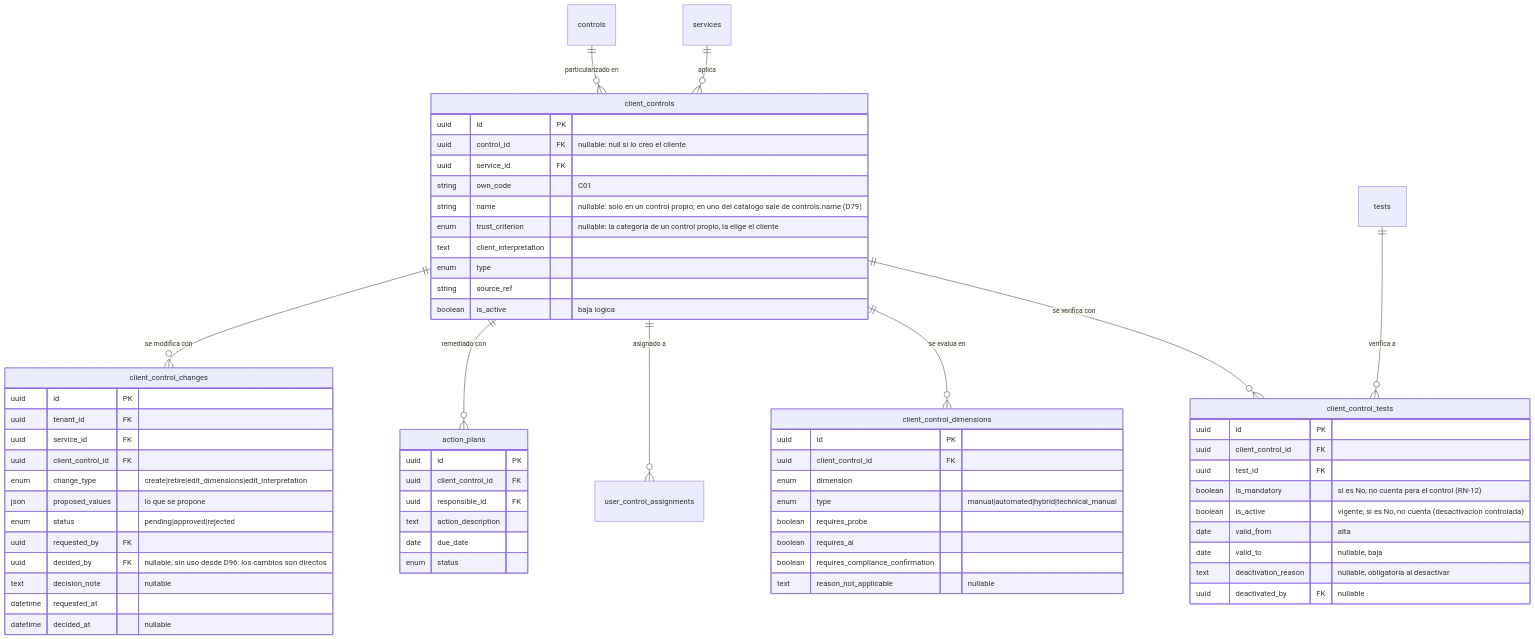
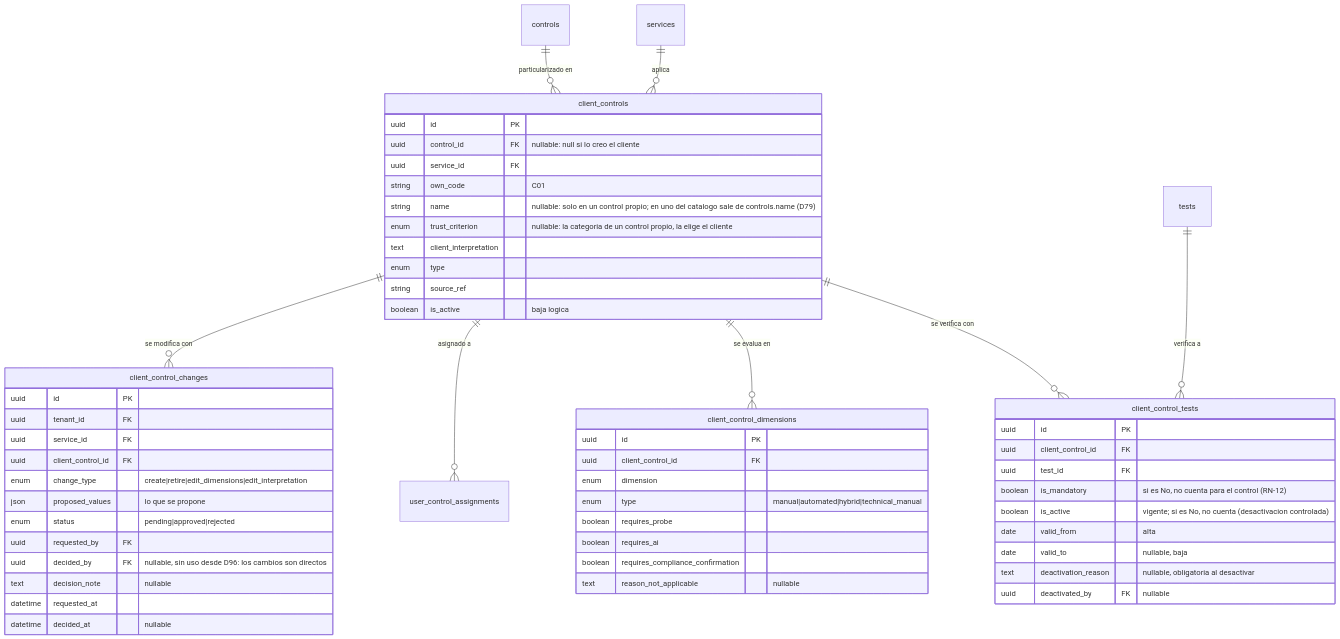
The first of 5 diagrams in skills/product/monkey-compliance-council/references/datos/modelo/07-cumplimiento.md (Monkey-GRC/Monkey-Brain-IA), drawn with Mermaid before and after one commit. The commit also changed other lines of this file and 41 other files, not shown here.

````diff
--- a/skills/product/monkey-compliance-council/references/datos/modelo/07-cumplimiento.md
+++ b/skills/product/monkey-compliance-council/references/datos/modelo/07-cumplimiento.md
@@ -41,66 +41,57 @@
 ```mermaid
 erDiagram
     client_controls {
         uuid id PK
         uuid control_id FK "nullable: null si lo creo el cliente"
         uuid service_id FK
         string own_code "C01"
         string name "nullable: solo en un control propio; en uno del catalogo sale de controls.name (D79)"
         enum trust_criterion "nullable: la categoria de un control propio, la elige el cliente"
         text client_interpretation
         enum type
         string source_ref
         boolean is_active "baja logica"
     }
     client_control_changes {
         uuid id PK
         uuid tenant_id FK
         uuid service_id FK
         uuid client_control_id FK
         enum change_type "create|retire|edit_dimensions|edit_interpretation"
         json proposed_values "lo que se propone"
         enum status "pending|approved|rejected"
         uuid requested_by FK
         uuid decided_by FK "nullable, sin uso desde D96: los cambios son directos"
         text decision_note "nullable"
         datetime requested_at
         datetime decided_at "nullable"
     }
     client_control_dimensions {
         uuid id PK
         uuid client_control_id FK
         enum dimension
         enum type "manual|automated|hybrid|technical_manual"
         boolean requires_probe
         boolean requires_ai
         boolean requires_compliance_confirmation
         text reason_not_applicable "nullable"
     }
     client_control_tests {
         uuid id PK
         uuid client_control_id FK
         uuid test_id FK
         boolean is_mandatory "si es No, no cuenta para el control (RN-12)"
         boolean is_active "vigente; si es No, no cuenta (desactivacion controlada)"
         date valid_from "alta"
         date valid_to "nullable, baja"
         text deactivation_reason "nullable, obligatoria al desactivar"
         uuid deactivated_by FK "nullable"
     }
-    action_plans {
-        uuid id PK
-        uuid client_control_id FK
-        uuid responsible_id FK
-        text action_description
-        date due_date
-        enum status
-    }
     controls ||--o{ client_controls : "particularizado en"
     services ||--o{ client_controls : "aplica"
     client_controls ||--o{ client_control_changes : "se modifica con"
-    client_controls ||--o{ action_plans : "remediado con"
     client_controls ||--o{ user_control_assignments : "asignado a"
     client_controls ||--o{ client_control_dimensions : "se evalua en"
     client_controls ||--o{ client_control_tests : "se verifica con"
     tests ||--o{ client_control_tests : "verifica a"
 ```
````
